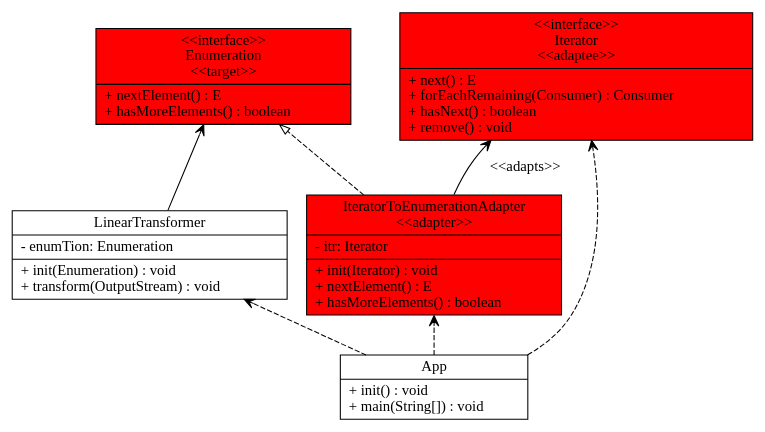
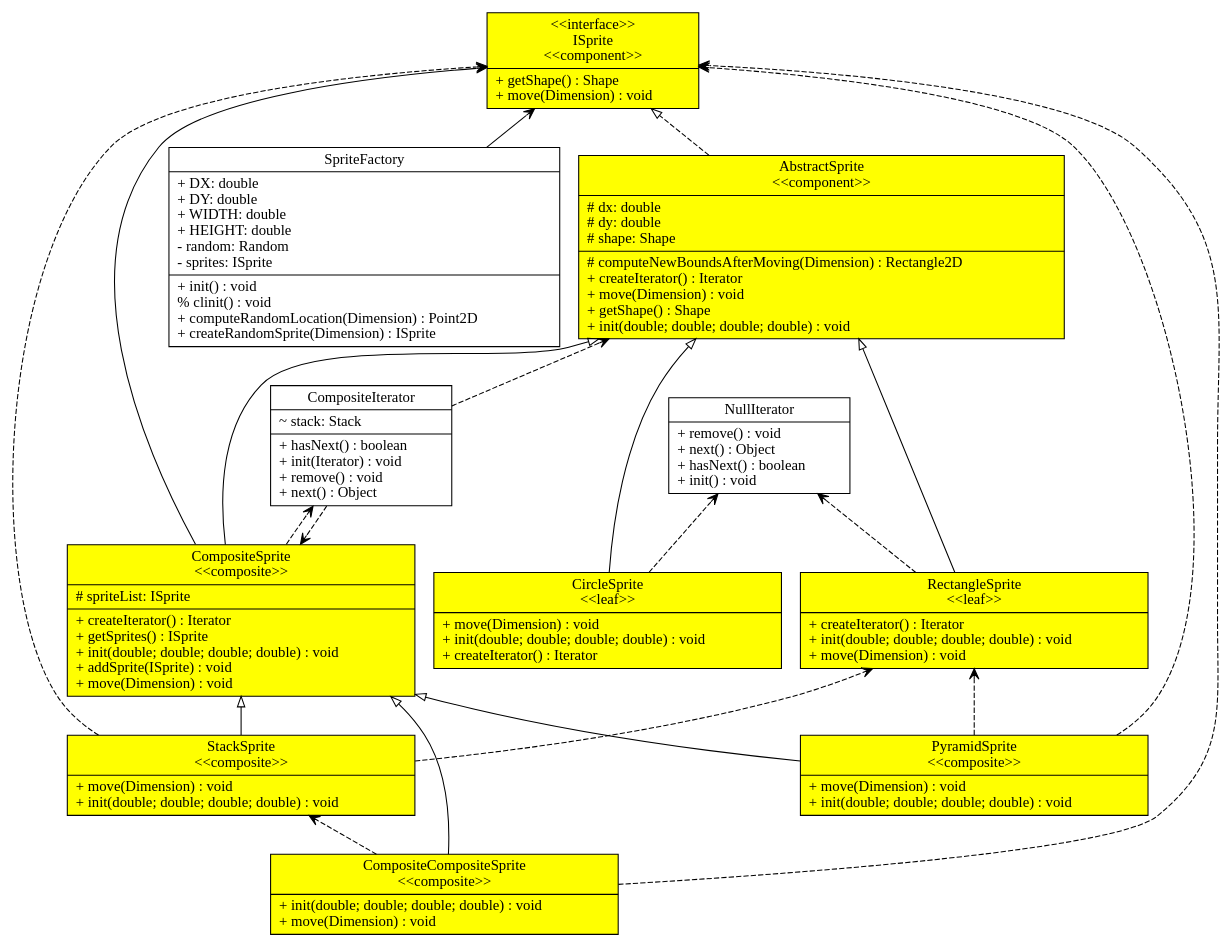
Before and after one commit to tpunt3/Csse374: the diagram in input_output/model.gv, drawn with Graphviz. The commit also changed 19 other files, not shown here.

```diff
--- a/input_output/model.gv
+++ b/input_output/model.gv
@@ -1,35 +1,79 @@
 digraph model{
 rankdir = BT;
-Enumeration [
-shape="record",style="filled",fillcolor=red
-label = "{\<\<interface\>\>\nEnumeration\n\<\<target\>\>| + nextElement() : E\l+ hasMoreElements() : boolean\l}"
+CompositeCompositeSprite [
+shape="record",style="filled",fillcolor=yellow
+label = "{CompositeCompositeSprite\n\<\<composite\>\>|+ init(double; double; double; double) : void\l+ move(Dimension) : void\l}"
 ];
 
-App [
-shape="record",
-label = "{App| + init() : void\l+ main(String[]) : void\l}"
+AbstractSprite [
+shape="record",style="filled",fillcolor=yellow
+label = "{AbstractSprite\n\<\<component\>\>|# dx: double\l# dy: double\l# shape: Shape\l|# computeNewBoundsAfterMoving(Dimension) : Rectangle2D\l+ createIterator() : Iterator\l+ move(Dimension) : void\l+ getShape() : Shape\l+ init(double; double; double; double) : void\l}"
 ];
 
-LinearTransformer [
+NullIterator [
 shape="record",
-label = "{LinearTransformer| - enumTion: Enumeration\l|+ init(Enumeration) : void\l+ transform(OutputStream) : void\l}"
+label = "{NullIterator| + remove() : void\l+ next() : Object\l+ hasNext() : boolean\l+ init() : void\l}"
 ];
 
-IteratorToEnumerationAdapter [
-shape="record",style="filled",fillcolor=red
-label = "{IteratorToEnumerationAdapter\n\<\<adapter\>\>|- itr: Iterator\l|+ init(Iterator) : void\l+ nextElement() : E\l+ hasMoreElements() : boolean\l}"
+SpriteFactory [
+shape="record",
+label = "{SpriteFactory| + DX: double\l+ DY: double\l+ WIDTH: double\l+ HEIGHT: double\l- random: Random\l- sprites: ISprite\l|+ init() : void\l% clinit() : void\l+ computeRandomLocation(Dimension) : Point2D\l+ createRandomSprite(Dimension) : ISprite\l}"
 ];
 
-Iterator [
-shape="record",style="filled",fillcolor=red
-label = "{\<\<interface\>\>\nIterator\n\<\<adaptee\>\>| + next() : E\l+ forEachRemaining(Consumer) : Consumer\l+ hasNext() : boolean\l+ remove() : void\l}"
+CompositeIterator [
+shape="record",
+label = "{CompositeIterator| ~ stack: Stack\l|+ hasNext() : boolean\l+ init(Iterator) : void\l+ remove() : void\l+ next() : Object\l}"
+];
+
+CircleSprite [
+shape="record",style="filled",fillcolor=yellow
+label = "{CircleSprite\n\<\<leaf\>\>|+ move(Dimension) : void\l+ init(double; double; double; double) : void\l+ createIterator() : Iterator\l}"
+];
+
+ISprite [
+shape="record",style="filled",fillcolor=yellow
+label = "{\<\<interface\>\>\nISprite\n\<\<component\>\>| + getShape() : Shape\l+ move(Dimension) : void\l}"
+];
+
+PyramidSprite [
+shape="record",style="filled",fillcolor=yellow
+label = "{PyramidSprite\n\<\<composite\>\>|+ move(Dimension) : void\l+ init(double; double; double; double) : void\l}"
+];
+
+StackSprite [
+shape="record",style="filled",fillcolor=yellow
+label = "{StackSprite\n\<\<composite\>\>|+ move(Dimension) : void\l+ init(double; double; double; double) : void\l}"
+];
+
+CompositeSprite [
+shape="record",style="filled",fillcolor=yellow
+label = "{CompositeSprite\n\<\<composite\>\>|# spriteList: ISprite\l|+ createIterator() : Iterator\l+ getSprites() : ISprite\l+ init(double; double; double; double) : void\l+ addSprite(ISprite) : void\l+ move(Dimension) : void\l}"
+];
+
+RectangleSprite [
+shape="record",style="filled",fillcolor=yellow
+label = "{RectangleSprite\n\<\<leaf\>\>|+ createIterator() : Iterator\l+ init(double; double; double; double) : void\l+ move(Dimension) : void\l}"
 ];
 
 //writing relations between classes now
-App -> IteratorToEnumerationAdapter [arrowhead = "vee", style = "dashed"];
-App -> Iterator [arrowhead = "vee", style = "dashed"];
-App -> LinearTransformer [arrowhead = "vee", style = "dashed"];
-IteratorToEnumerationAdapter -> Enumeration [arrowhead = "empty", style = "dashed"];
-LinearTransformer -> Enumeration [arrowhead = "vee"];
-IteratorToEnumerationAdapter -> Iterator [arrowhead = "vee", label = "\<\<adapts\>\>"];
+AbstractSprite -> ISprite [arrowhead = "empty", style = "dashed"];
+CircleSprite -> AbstractSprite [arrowhead = "empty"];
+CircleSprite -> NullIterator [arrowhead = "vee", style = "dashed"];
+CompositeCompositeSprite -> CompositeSprite [arrowhead = "empty"];
+CompositeCompositeSprite -> StackSprite [arrowhead = "vee", style = "dashed"];
+CompositeCompositeSprite -> ISprite [arrowhead = "vee", style = "dashed"];
+CompositeIterator -> AbstractSprite [arrowhead = "vee", style = "dashed"];
+CompositeIterator -> CompositeSprite [arrowhead = "vee", style = "dashed"];
+CompositeSprite -> AbstractSprite [arrowhead = "empty"];
+CompositeSprite -> ISprite [arrowhead = "vee"];
+CompositeSprite -> CompositeIterator [arrowhead = "vee", style = "dashed"];
+PyramidSprite -> CompositeSprite [arrowhead = "empty"];
+PyramidSprite -> RectangleSprite [arrowhead = "vee", style = "dashed"];
+PyramidSprite -> ISprite [arrowhead = "vee", style = "dashed"];
+RectangleSprite -> AbstractSprite [arrowhead = "empty"];
+RectangleSprite -> NullIterator [arrowhead = "vee", style = "dashed"];
+SpriteFactory -> ISprite [arrowhead = "vee"];
+StackSprite -> CompositeSprite [arrowhead = "empty"];
+StackSprite -> RectangleSprite [arrowhead = "vee", style = "dashed"];
+StackSprite -> ISprite [arrowhead = "vee", style = "dashed"];
 }
```
